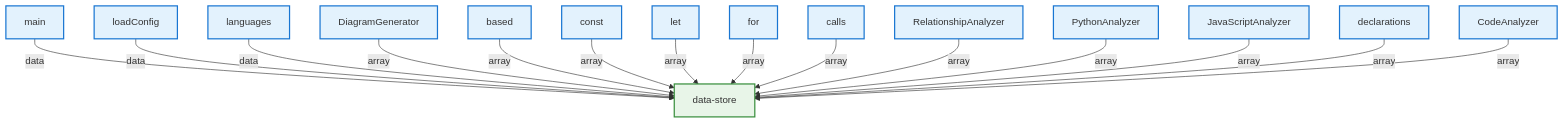
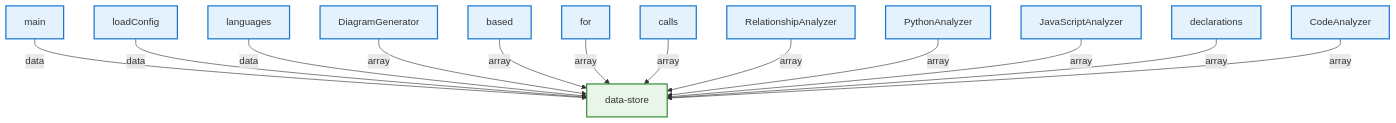
The diagram in docs/architecture/dataFlow.md (samjhill/diagrammer), drawn with Mermaid before and after one commit. The commit also changed other lines of this file and 7 other files, not shown here.

Commit message:
docs: Update architecture diagrams [skip ci]

````diff
--- a/docs/architecture/dataFlow.md
+++ b/docs/architecture/dataFlow.md
@@ -7,51 +7,45 @@
 ```mermaid
 graph TD
   classDef component fill:#e3f2fd,stroke:#1976d2,stroke-width:2px
   classDef data fill:#e8f5e8,stroke:#388e3c,stroke-width:2px
   classDef state fill:#fff3e0,stroke:#f57c00,stroke-width:2px
   classDef props fill:#f3e5f5,stroke:#7b1fa2,stroke-width:2px
 
   main["main"]:::component
   data_store["data-store"]:::data
   main -->|data| data_store
   loadConfig["loadConfig"]:::component
   data_store["data-store"]:::data
   loadConfig -->|data| data_store
   languages["languages"]:::component
   data_store["data-store"]:::data
   languages -->|data| data_store
   DiagramGenerator["DiagramGenerator"]:::component
   data_store["data-store"]:::data
   DiagramGenerator -->|array| data_store
   based["based"]:::component
   data_store["data-store"]:::data
   based -->|array| data_store
-  const["const"]:::component
-  data_store["data-store"]:::data
-  const -->|array| data_store
-  let["let"]:::component
-  data_store["data-store"]:::data
-  let -->|array| data_store
   for["for"]:::component
   data_store["data-store"]:::data
   for -->|array| data_store
   calls["calls"]:::component
   data_store["data-store"]:::data
   calls -->|array| data_store
   RelationshipAnalyzer["RelationshipAnalyzer"]:::component
   data_store["data-store"]:::data
   RelationshipAnalyzer -->|array| data_store
   PythonAnalyzer["PythonAnalyzer"]:::component
   data_store["data-store"]:::data
   PythonAnalyzer -->|array| data_store
   JavaScriptAnalyzer["JavaScriptAnalyzer"]:::component
   data_store["data-store"]:::data
   JavaScriptAnalyzer -->|array| data_store
   declarations["declarations"]:::component
   data_store["data-store"]:::data
   declarations -->|array| data_store
   CodeAnalyzer["CodeAnalyzer"]:::component
   data_store["data-store"]:::data
   CodeAnalyzer -->|array| data_store
 
 ```
````
